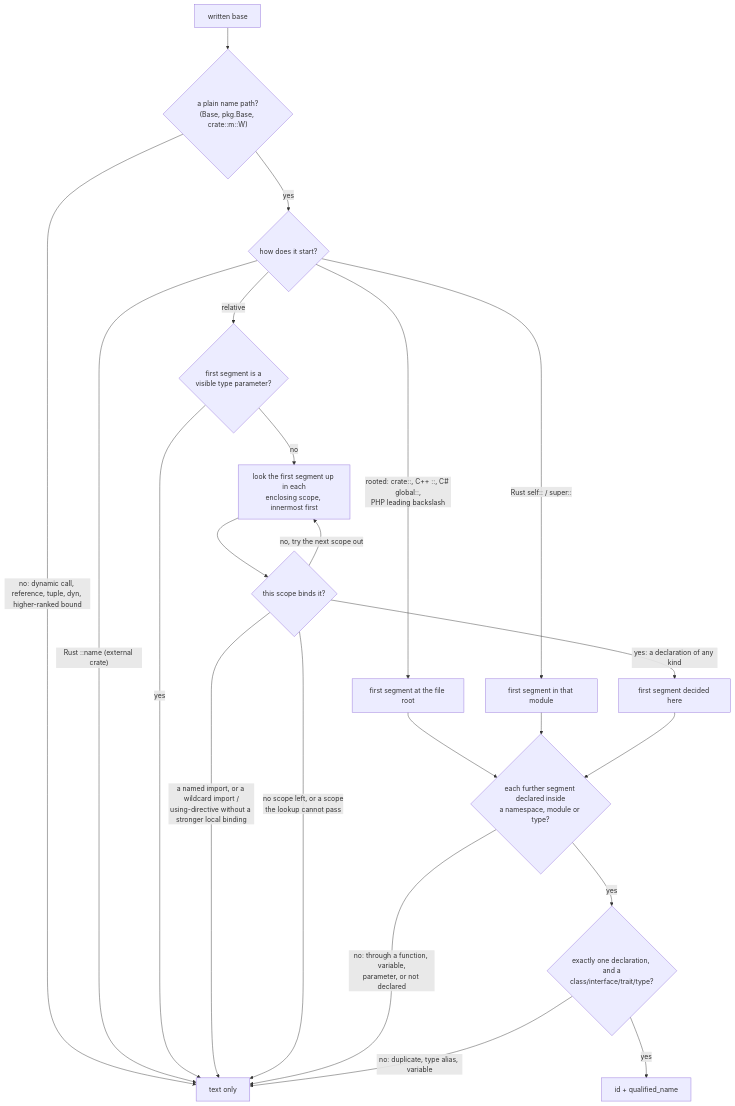
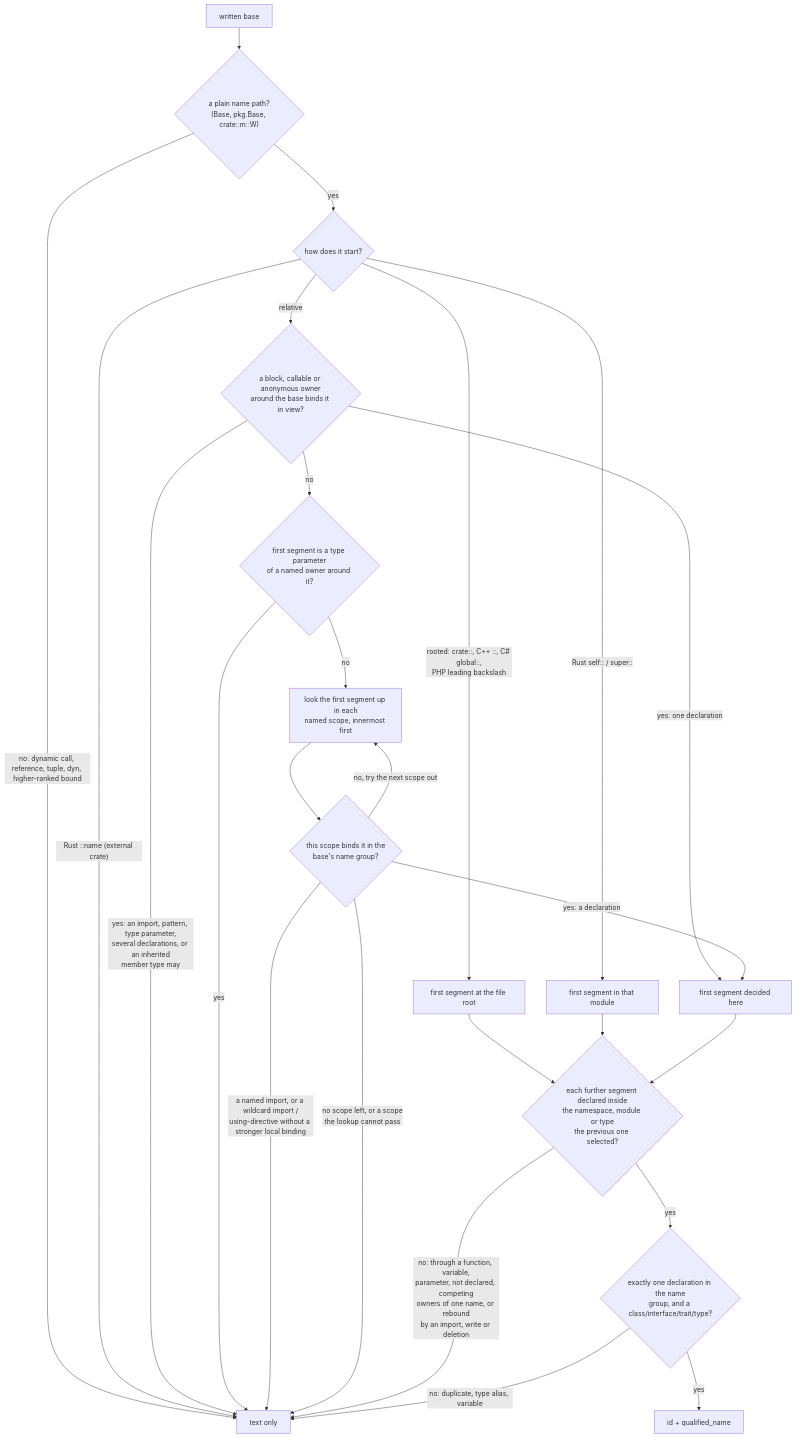
The first of 2 diagrams in tree-hugger/docs/type-relations.md (yankeeinlondon/rusty-biscuit), drawn with Mermaid before and after one commit. The commit also changed other lines of this file and 8 other files, not shown here.

````diff
--- a/tree-hugger/docs/type-relations.md
+++ b/tree-hugger/docs/type-relations.md
@@ -78,24 +80,27 @@
 ```mermaid
 flowchart TD
     W["written base"] --> P{"a plain name path?<br/>(Base, pkg.Base, crate::m::W)"}
     P -- "no: dynamic call, reference, tuple, dyn, higher-ranked bound" --> U["text only"]
     P -- yes --> A{"how does it start?"}
     A -- "Rust ::name (external crate)" --> U
     A -- "rooted: crate::, C++ ::, C# global::,<br/>PHP leading backslash" --> G["first segment at the file root"]
     A -- "Rust self:: / super::" --> M["first segment in that module"]
-    A -- relative --> T{"first segment is a<br/>visible type parameter?"}
+    A -- relative --> X{"a block, callable or anonymous owner<br/>around the base binds it in view?"}
+    X -- "yes: one declaration" --> G2
+    X -- "yes: an import, pattern, type parameter,<br/>several declarations, or an inherited<br/>member type may" --> U
+    X -- "no" --> T{"first segment is a type parameter<br/>of a named owner around it?"}
     T -- yes --> U
-    T -- no --> S["look the first segment up in each<br/>enclosing scope, innermost first"]
-    S --> B{"this scope binds it?"}
+    T -- no --> S["look the first segment up in each<br/>named scope, innermost first"]
+    S --> B{"this scope binds it in the<br/>base's name group?"}
     B -- "a named import, or a wildcard import /<br/>using-directive without a stronger local binding" --> U
     B -- "no, try the next scope out" --> S
     B -- "no scope left, or a scope<br/>the lookup cannot pass" --> U
-    B -- "yes: a declaration of any kind" --> G2["first segment decided here"]
+    B -- "yes: a declaration" --> G2["first segment decided here"]
     G --> R2
     M --> R2
-    G2 --> R2{"each further segment declared inside<br/>a namespace, module or type?"}
-    R2 -- "no: through a function, variable,<br/>parameter, or not declared" --> U
-    R2 -- yes --> E{"exactly one declaration, and a<br/>class/interface/trait/type?"}
+    G2 --> R2{"each further segment declared inside<br/>the namespace, module or type<br/>the previous one selected?"}
+    R2 -- "no: through a function, variable,<br/>parameter, not declared, competing<br/>owners of one name, or rebound<br/>by an import, write or deletion" --> U
+    R2 -- yes --> E{"exactly one declaration in the name<br/>group, and a class/interface/trait/type?"}
     E -- yes --> R["id + qualified_name"]
     E -- "no: duplicate, type alias, variable" --> U
 ```
````
